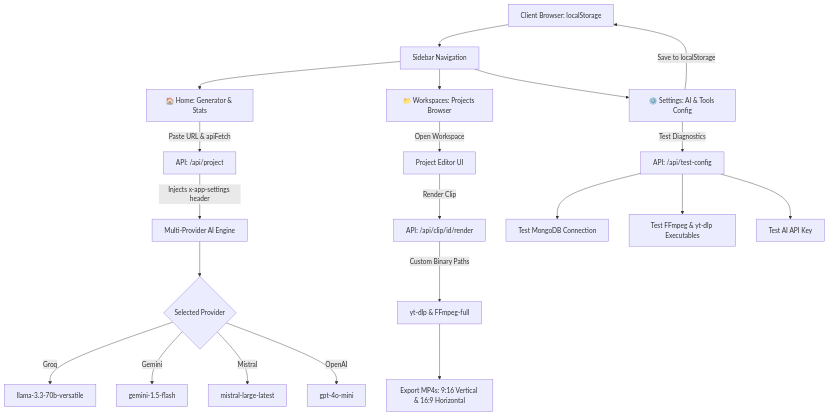
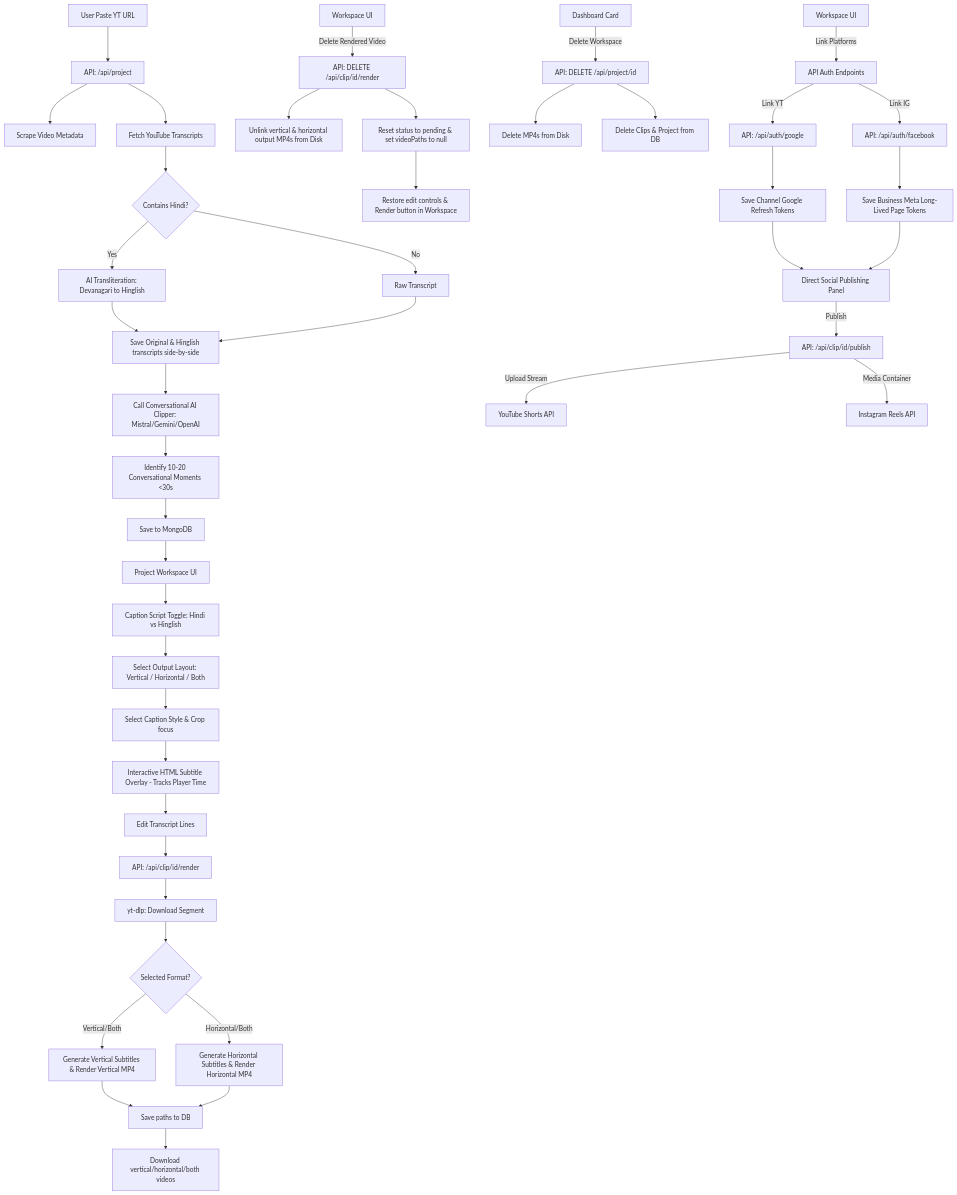
One commit to nittinbhagaaat/shorts changed the diagram in walkthrough.md. Above: the diagram before and after it, drawn with Mermaid. The commit also changed other lines of this file and 44 other files, not shown here.

````diff
--- a/walkthrough.md
+++ b/walkthrough.md
@@ -9,26 +9,48 @@
 ```mermaid
 graph TD
-    A[Client Browser: localStorage] --> B[Sidebar Navigation]
-    B --> C[🏠 Home: Generator & Stats]
-    B --> D[📁 Workspaces: Projects Browser]
-    B --> E[⚙️ Settings: AI & Tools Config]
-
-    E -- Save to localStorage --> A
-    E -- Test Diagnostics --> F[API: /api/test-config]
-    F --> G[Test MongoDB Connection]
-    F --> H[Test FFmpeg & yt-dlp Executables]
-    F --> I[Test AI API Key]
-
-    C -- Paste URL & apiFetch --> J[API: /api/project]
-    J -- Injects x-app-settings header --> K[Multi-Provider AI Engine]
-    K --> L{Selected Provider}
-    L -- Groq --> M[llama-3.3-70b-versatile]
-    L -- Gemini --> N[gemini-1.5-flash]
-    L -- Mistral --> O[mistral-large-latest]
-    L -- OpenAI --> P[gpt-4o-mini]
-
-    D -- Open Workspace --> Q[Project Editor UI]
-    Q -- Render Clip --> R[API: /api/clip/id/render]
-    R -- Custom Binary Paths --> S[yt-dlp & FFmpeg-full]
-    S --> T[Export MP4s: 9:16 Vertical & 16:9 Horizontal]
+    A[User Paste YT URL] --> B[API: /api/project]
+    B --> C[Scrape Video Metadata]
+    B --> D[Fetch YouTube Transcripts]
+    D --> E{Contains Hindi?}
+    E -- Yes --> F[AI Transliteration: Devanagari to Hinglish]
+    E -- No --> G[Raw Transcript]
+    F --> H[Save Original & Hinglish transcripts side-by-side]
+    G --> H
+    H --> I[Call Conversational AI Clipper: Mistral/Gemini/OpenAI]
+    I --> J[Identify 10-20 Conversational Moments <30s]
+    J --> K[Save to MongoDB]
+    K --> L[Project Workspace UI]
+    L --> M[Caption Script Toggle: Hindi vs Hinglish]
+    M --> N[Select Output Layout: Vertical / Horizontal / Both]
+    N --> O[Select Caption Style & Crop focus]
+    O --> P[Interactive HTML Subtitle Overlay - Tracks Player Time]
+    P --> Q[Edit Transcript Lines]
+    Q --> R[API: /api/clip/id/render]
+    R --> S[yt-dlp: Download Segment]
+    S --> T{Selected Format?}
+    T -- Vertical/Both --> U[Generate Vertical Subtitles & Render Vertical MP4]
+    T -- Horizontal/Both --> V[Generate Horizontal Subtitles & Render Horizontal MP4]
+    U --> W[Save paths to DB]
+    V --> W
+    W --> X[Download vertical/horizontal/both videos]
+    
+    Y[Workspace UI] -- Delete Rendered Video --> Z[API: DELETE /api/clip/id/render]
+    Z --> AA[Unlink vertical & horizontal output MP4s from Disk]
+    Z --> AB[Reset status to pending & set videoPaths to null]
+    AB --> AC[Restore edit controls & Render button in Workspace]
+    
+    AD[Dashboard Card] -- Delete Workspace --> AE[API: DELETE /api/project/id]
+    AE --> AF[Delete MP4s from Disk]
+    AE --> AG[Delete Clips & Project from DB]
+    
+    AH[Workspace UI] -- Link Platforms --> AI[API Auth Endpoints]
+    AI -- Link YT --> AJ[API: /api/auth/google]
+    AI -- Link IG --> AK[API: /api/auth/facebook]
+    AJ --> AL[Save Channel Google Refresh Tokens]
+    AK --> AM[Save Business Meta Long-Lived Page Tokens]
+    AL --> AN[Direct Social Publishing Panel]
+    AM --> AN
+    AN -- Publish --> AO[API: /api/clip/id/publish]
+    AO -- Upload Stream --> AP[YouTube Shorts API]
+    AO -- Media Container --> AQ[Instagram Reels API]
 ```
````
